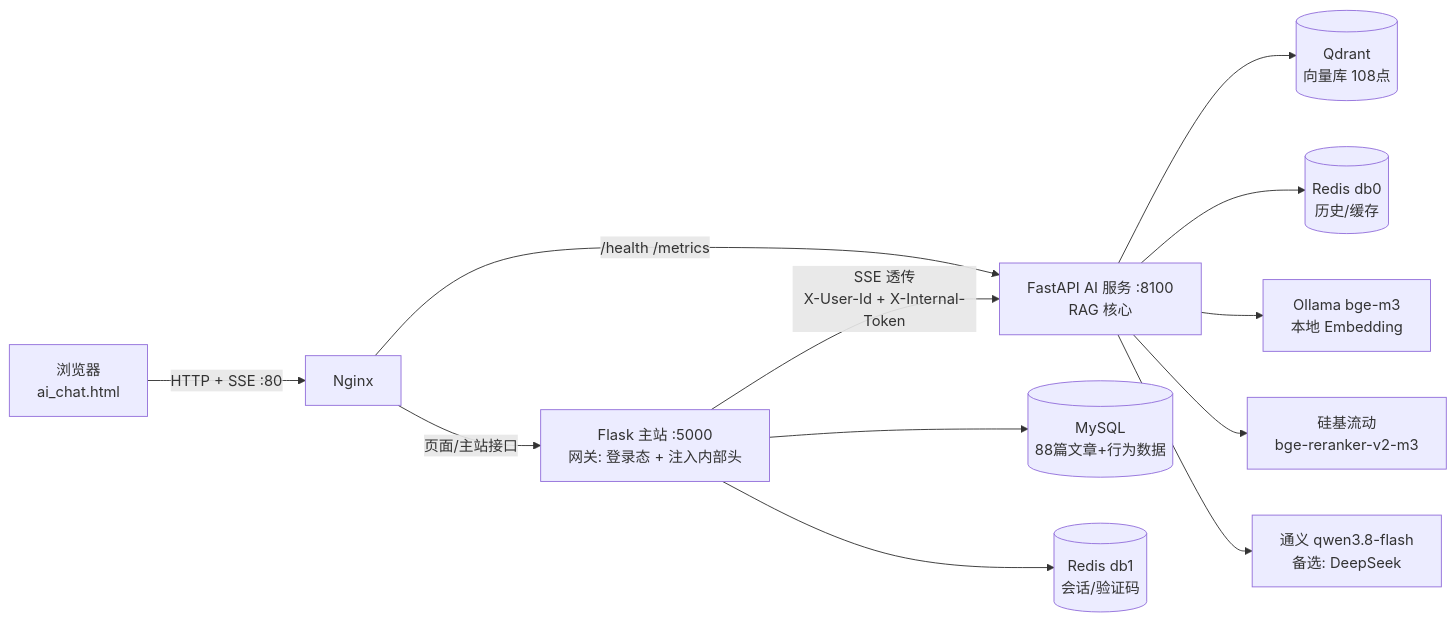
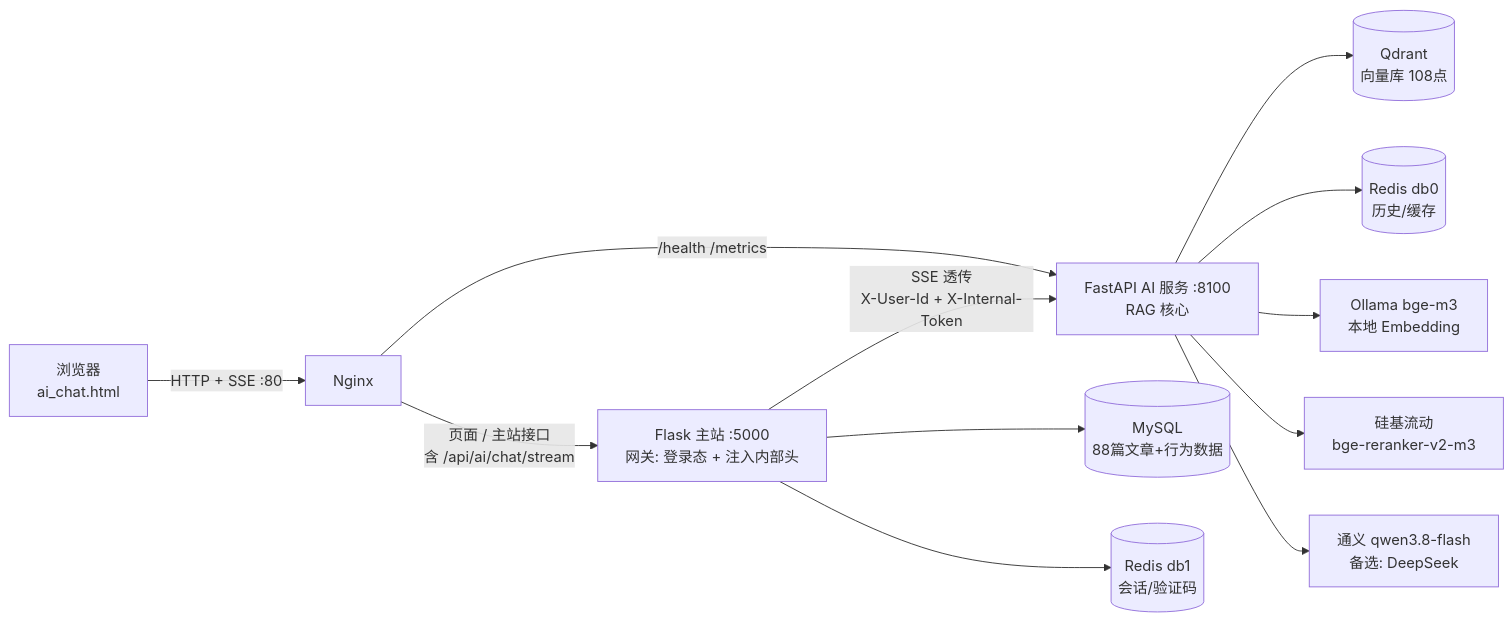
One commit to Dal-Rarity/xiaoyunote changed the diagram in README.md. Above: the diagram before and after it, drawn with Mermaid. The commit also changed other lines of this file, not shown here.

Commit message:
Polish README: metrics, API contract, roadmap, engineering notes

````diff
--- a/README.md
+++ b/README.md
@@ -15,14 +26,14 @@
 ```mermaid
 flowchart LR
     Browser[浏览器<br/>ai_chat.html] -->|HTTP + SSE :80| Nginx[Nginx]
-    Nginx -->|页面/主站接口| Flask[Flask 主站 :5000<br/>网关: 登录态 + 注入内部头]
+    Nginx -->|页面 / 主站接口<br/>含 /api/ai/chat/stream| Flask[Flask 主站 :5000<br/>网关: 登录态 + 注入内部头]
     Nginx -->|/health /metrics| AI[FastAPI AI 服务 :8100<br/>RAG 核心]
     Flask -->|SSE 透传<br/>X-User-Id + X-Internal-Token| AI
     Flask --> MySQL[(MySQL<br/>88篇文章+行为数据)]
     Flask --> Redis1[(Redis db1<br/>会话/验证码)]
     AI --> Qdrant[(Qdrant<br/>向量库 108点)]
     AI --> Redis0[(Redis db0<br/>历史/缓存)]
     AI --> Ollama[Ollama bge-m3<br/>本地 Embedding]
     AI --> Rerank[硅基流动<br/>bge-reranker-v2-m3]
     AI --> LLM[通义 qwen3.8-flash<br/>备选: DeepSeek]
 ```
````
